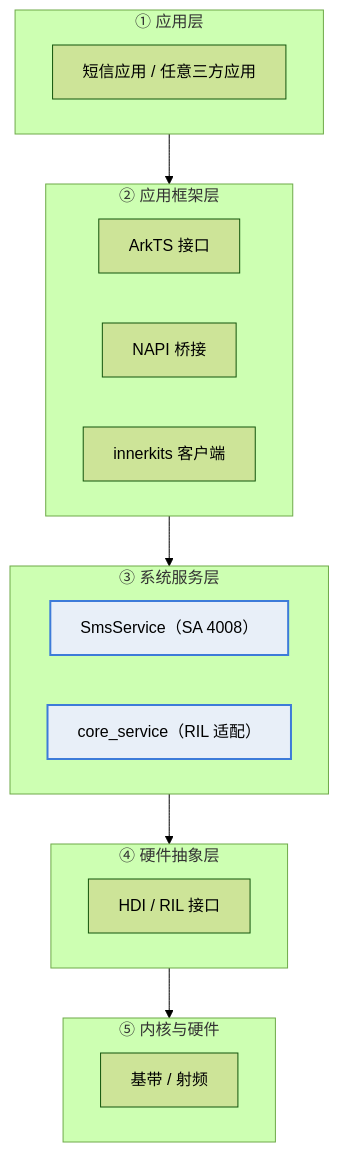
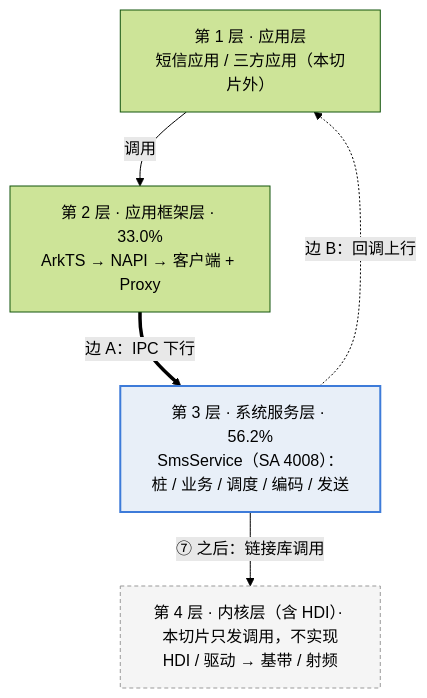
The second of 11 diagrams in report_work/G12_sms_mms/汇报脚本.md (hjl12345/OpneHarmonyTeamWork), drawn with Mermaid (forest theme) before and after one commit. The commit also changed other lines of this file and 15 other files, not shown here.

````diff
--- a/report_work/G12_sms_mms/汇报脚本.md
+++ b/report_work/G12_sms_mms/汇报脚本.md
@@ -153,24 +233,13 @@
 ```mermaid
 flowchart TB
-    subgraph L1["① 应用层"]
-        A1["短信应用 / 任意三方应用"]
-    end
-    subgraph L2["② 应用框架层"]
-        B1["ArkTS 接口"]
-        B2["NAPI 桥接"]
-        B3["innerkits 客户端"]
-    end
-    subgraph L3["③ 系统服务层"]
-        C1["SmsService（SA 4008）"]
-        C2["core_service（RIL 适配）"]
-    end
-    subgraph L4["④ 硬件抽象层"]
-        D1["HDI / RIL 接口"]
-    end
-    subgraph L5["⑤ 内核与硬件"]
-        E1["基带 / 射频"]
-    end
-    L1 --> L2 --> L3 --> L4 --> L5
-    style C1 fill:#E8EFF8,stroke:#3D7BD9,stroke-width:2px
-    style C2 fill:#E8EFF8,stroke:#3D7BD9,stroke-width:2px
+    L1["第 1 层 · 应用层<br/>短信应用 / 三方应用（本切片外）"]
+    L2["第 2 层 · 应用框架层 · 33.0%<br/>ArkTS → NAPI → 客户端 + Proxy"]
+    L3["第 3 层 · 系统服务层 · 56.2%<br/>SmsService（SA 4008）：桩 / 业务 / 调度 / 编码 / 发送"]
+    L4["第 4 层 · 内核层（含 HDI）· 本切片只发调用，不实现<br/>HDI / 驱动 → 基带 / 射频"]
+    L1 -->|"调用"| L2
+    L2 ==>|"边 A：IPC 下行"| L3
+    L3 -->|"⑦ 之后：链接库调用"| L4
+    L3 -.->|"边 B：回调上行"| L1
+    style L3 fill:#E8EFF8,stroke:#3D7BD9,stroke-width:2px
+    style L4 fill:#F5F5F5,stroke:#999999,stroke-dasharray:4 3
 ```
````
